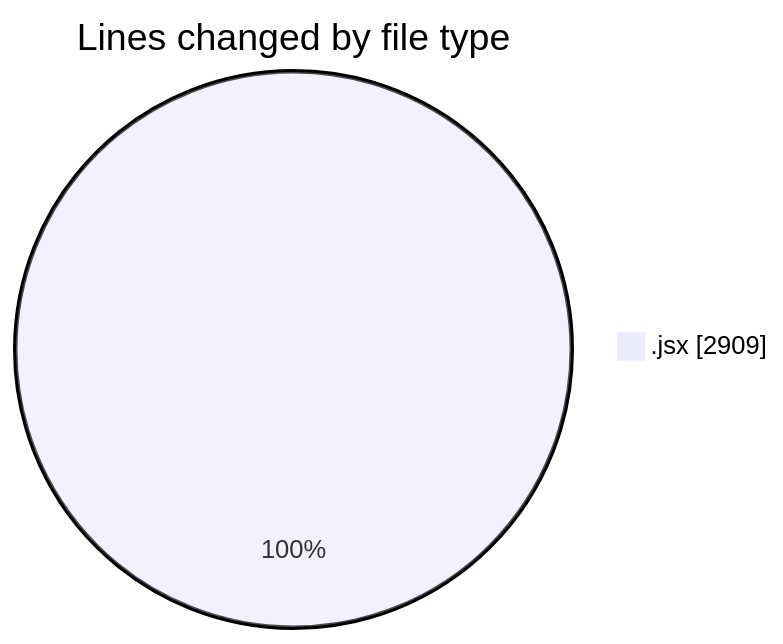
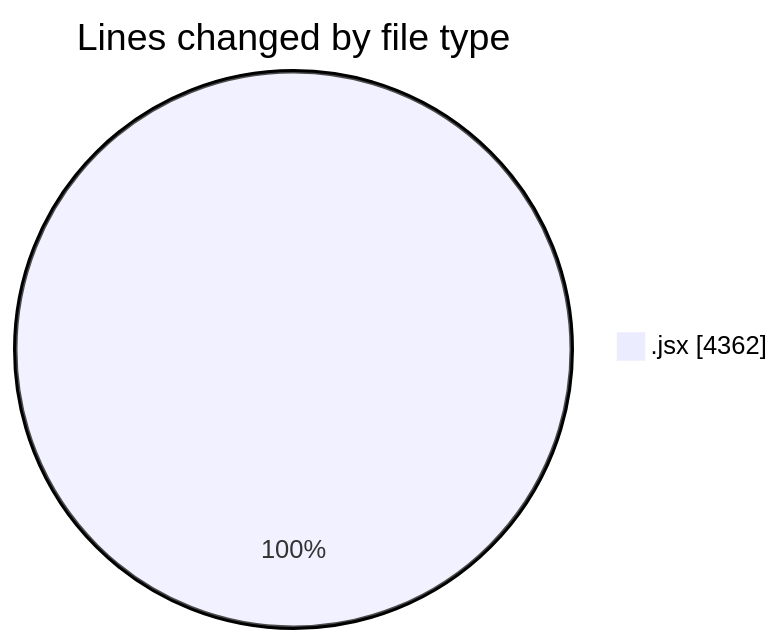
Before and after one commit to nxtqubesakshisongat/code-tracking: the first of 2 diagrams in 2025-05-13/argos-dev/README.md, drawn with Mermaid. The commit also changed other lines of this file and 1 other file, not shown here.

````diff
--- a/2025-05-13/argos-dev/README.md
+++ b/2025-05-13/argos-dev/README.md
@@ -24,5 +26,5 @@
 ```mermaid
 pie showData
 title Lines changed by file type
-".jsx" : 2909
+".jsx" : 4362
 ```
````
